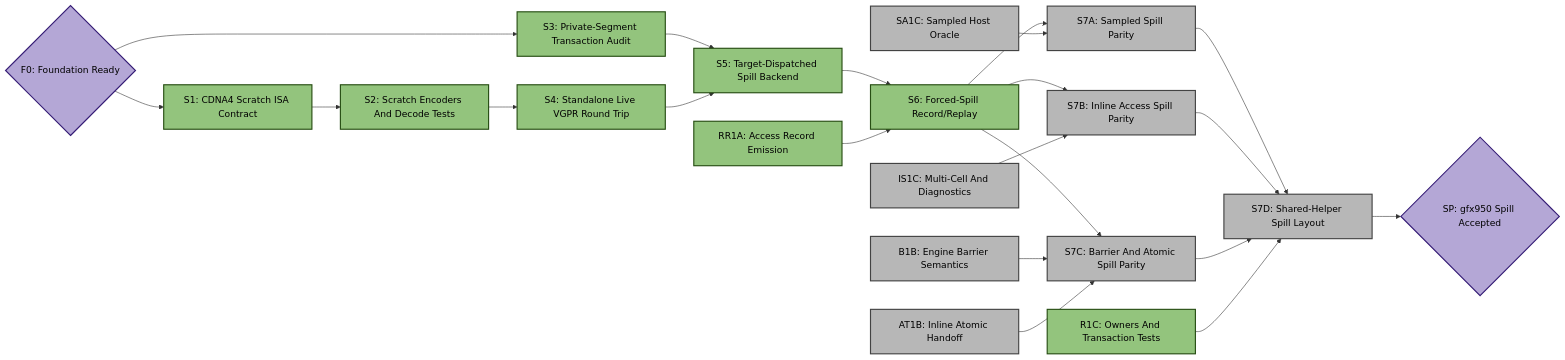
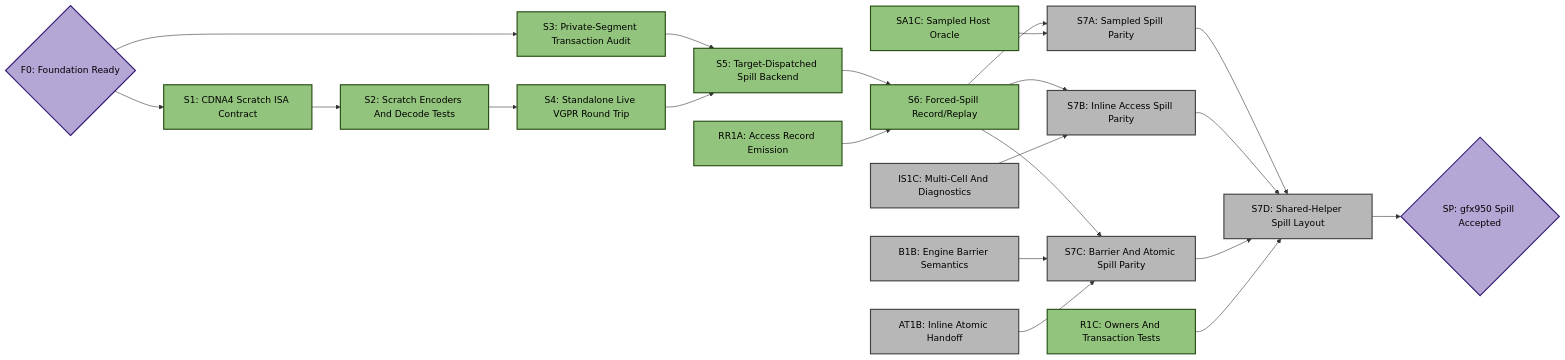
The third of 5 diagrams in emulation/rocjitsu/docs/consan/PLAN_GFX950.md (ROCm/rocm-systems), drawn with Mermaid before and after one commit. The commit also changed other lines of this file and 2 other files, not shown here.

Commit message:
rocjitsu: validate gfx950 sampled host oracle

````diff
--- a/emulation/rocjitsu/docs/consan/PLAN_GFX950.md
+++ b/emulation/rocjitsu/docs/consan/PLAN_GFX950.md
@@ -271,47 +276,47 @@
 ```mermaid
 flowchart LR
   F0{"F0: Foundation Ready"}:::target
   S1["S1: CDNA4 Scratch ISA Contract"]:::done
   S2["S2: Scratch Encoders And Decode Tests"]:::done
   S3["S3: Private-Segment Transaction Audit"]:::done
   S4["S4: Standalone Live VGPR Round Trip"]:::done
   S5["S5: Target-Dispatched Spill Backend"]:::done
   RR1A["RR1A: Access Record Emission"]:::done
   S6["S6: Forced-Spill Record/Replay"]:::done
-  SA1C["SA1C: Sampled Host Oracle"]:::todo
+  SA1C["SA1C: Sampled Host Oracle"]:::done
   IS1C["IS1C: Multi-Cell And Diagnostics"]:::todo
   B1B["B1B: Engine Barrier Semantics"]:::todo
   AT1B["AT1B: Inline Atomic Handoff"]:::todo
   R1C["R1C: Owners And Transaction Tests"]:::done
   S7A["S7A: Sampled Spill Parity"]:::todo
   S7B["S7B: Inline Access Spill Parity"]:::todo
   S7C["S7C: Barrier And Atomic Spill Parity"]:::todo
   S7D["S7D: Shared-Helper Spill Layout"]:::todo
   SP{"SP: gfx950 Spill Accepted"}:::target
 
   F0 --> S1
   F0 --> S3
   S1 --> S2
   S2 --> S4
   S3 --> S5
   S4 --> S5
   S5 --> S6
   RR1A --> S6
   S6 --> S7A
   SA1C --> S7A
   S6 --> S7B
   IS1C --> S7B
   S6 --> S7C
   B1B --> S7C
   AT1B --> S7C
   S7A --> S7D
   S7B --> S7D
   S7C --> S7D
   R1C --> S7D
   S7D --> SP
 
   classDef done fill:#93c47d,stroke:#274e13,stroke-width:2px,color:#000;
   classDef active fill:#f6b26b,stroke:#783f04,stroke-width:2px,color:#000;
   classDef todo fill:#b7b7b7,stroke:#434343,stroke-width:2px,color:#000;
   classDef target fill:#b4a7d6,stroke:#351c75,stroke-width:2px,color:#000;
 ```
````
